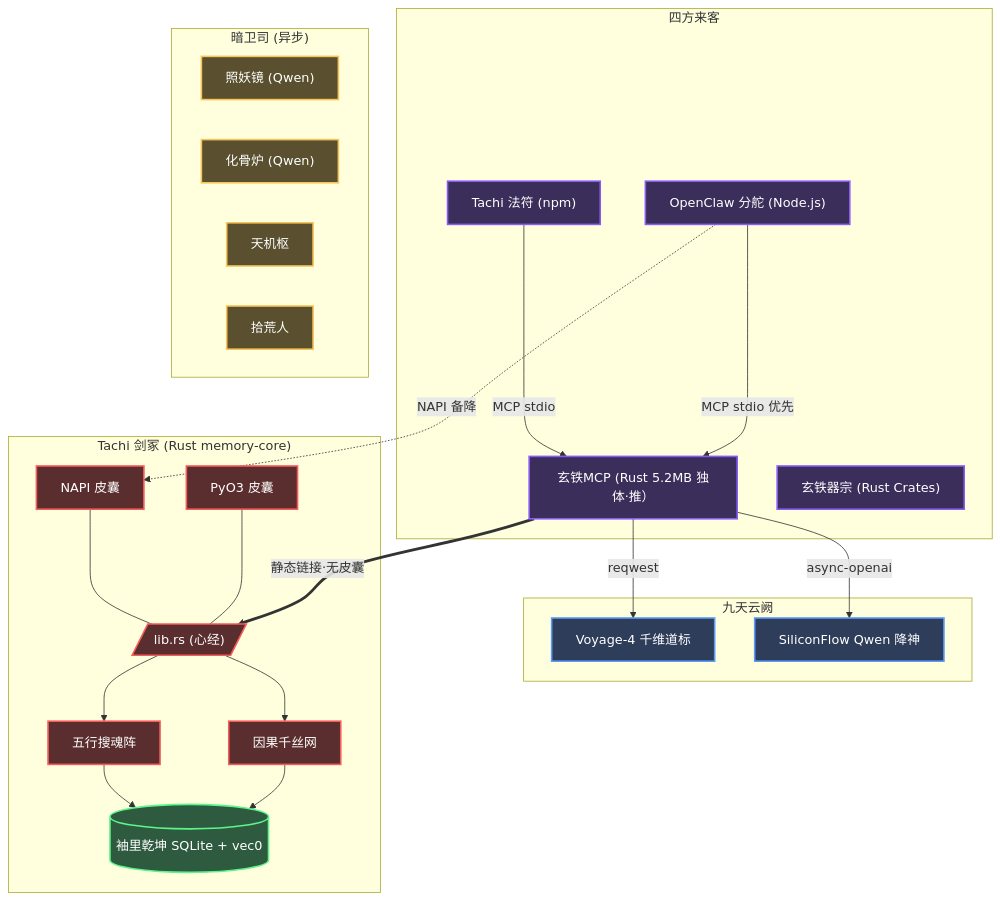
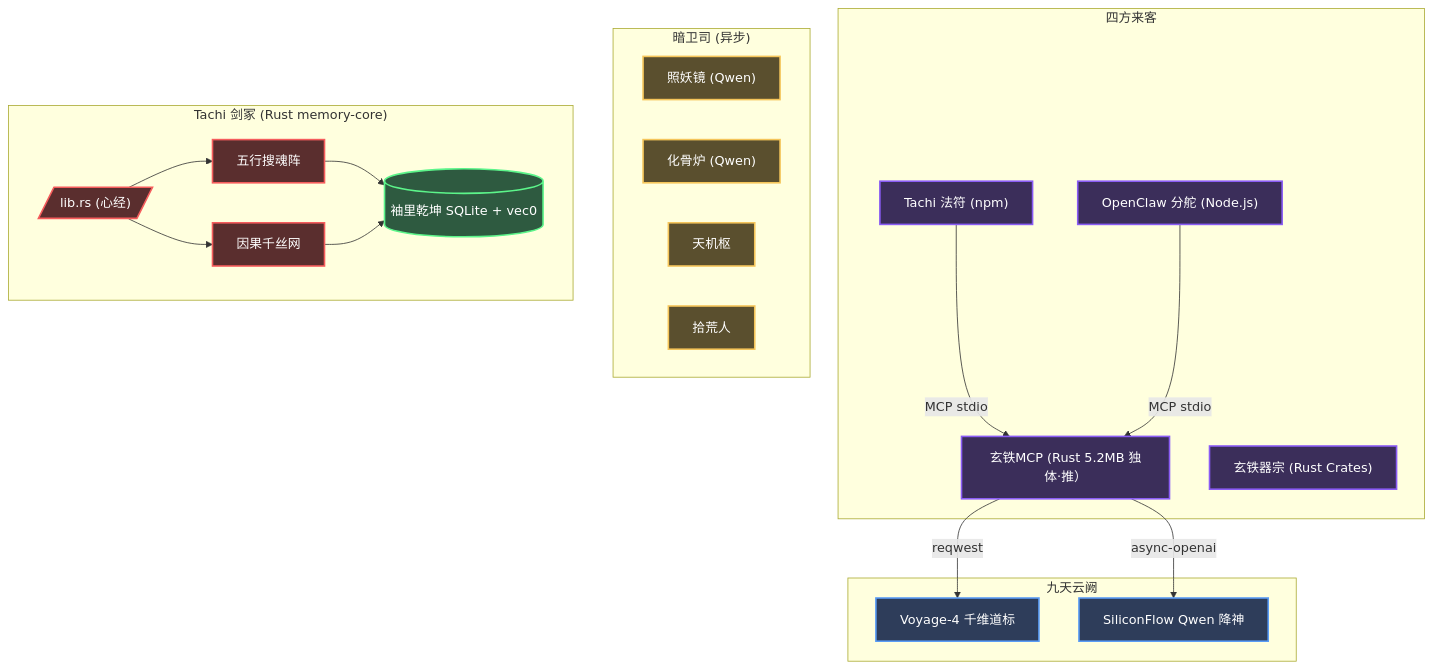
The diagram in README.md (kckylechen1/Tachi), drawn with Mermaid before and after one commit. The commit also changed other lines of this file and 9 other files, not shown here.

Commit message:
chore: modernize CI and simplify OpenClaw MCP-only docs/install flow

````diff
--- a/README.md
+++ b/README.md
@@ -306,54 +306,48 @@
 ```mermaid
 graph TD
     subgraph Clients["四方来客"]
         CLI["Tachi 法符 (npm)"]
         RMCP["玄铁MCP (Rust 5.2MB 独体·推）"]
         OC["OpenClaw 分舵 (Node.js)"]
         NATIVE["玄铁器宗 (Rust Crates)"]
     end
 
     subgraph Cloud["九天云阙"]
         VOYAGE["Voyage-4 千维道标"]
         SILICON["SiliconFlow Qwen 降神"]
     end
 
     subgraph Operations["暗卫司 (异步)"]
         EXTRACT["照妖镜 (Qwen)"]
         DISTILL["化骨炉 (Qwen)"]
         CAUSAL["天机枢"]
         CONSOLIDATE["拾荒人"]
     end
 
     subgraph Core["Tachi 剑冢 (Rust memory-core)"]
-        NAPI["NAPI 皮囊"]
-        PYO3["PyO3 皮囊"]
-
-        NAPI --- LIB[/"lib.rs (心经)"/]
-        PYO3 --- LIB
+        LIB[/"lib.rs (心经)"/]
 
         LIB --> SEARCH["五行搜魂阵"]
         LIB --> GRAPH["因果千丝网"]
 
         SEARCH --> SQLITE[("袖里乾坤 SQLite + vec0")]
         GRAPH --> SQLITE
     end
 
-    RMCP ==>|"静态链接·无皮囊"| LIB
     RMCP -->|"reqwest"| VOYAGE
     RMCP -->|"async-openai"| SILICON
     CLI -->|"MCP stdio"| RMCP
-    OC -->|"MCP stdio 优先"| RMCP
-    OC -.->|"NAPI 备降"| NAPI
+    OC -->|"MCP stdio"| RMCP
 
     classDef client fill:#3b2e5a,stroke:#8a5cf5,stroke-width:2px,color:#fff;
     classDef cloud fill:#2e3d5a,stroke:#5a9cf5,stroke-width:2px,color:#fff;
     classDef worker fill:#5a4f2e,stroke:#f5c55a,stroke-width:2px,color:#fff;
     classDef rust fill:#5a2e2e,stroke:#f55c5c,stroke-width:2px,color:#fff;
     classDef db fill:#2e5a40,stroke:#5cf58a,stroke-width:2px,color:#fff;
 
     class CLI,RMCP,OC,NATIVE client;
     class VOYAGE,SILICON cloud;
     class EXTRACT,DISTILL,CAUSAL,CONSOLIDATE worker;
-    class NAPI,PYO3,LIB,SEARCH,GRAPH rust;
+    class LIB,SEARCH,GRAPH rust;
     class SQLITE db;
 ```
````
